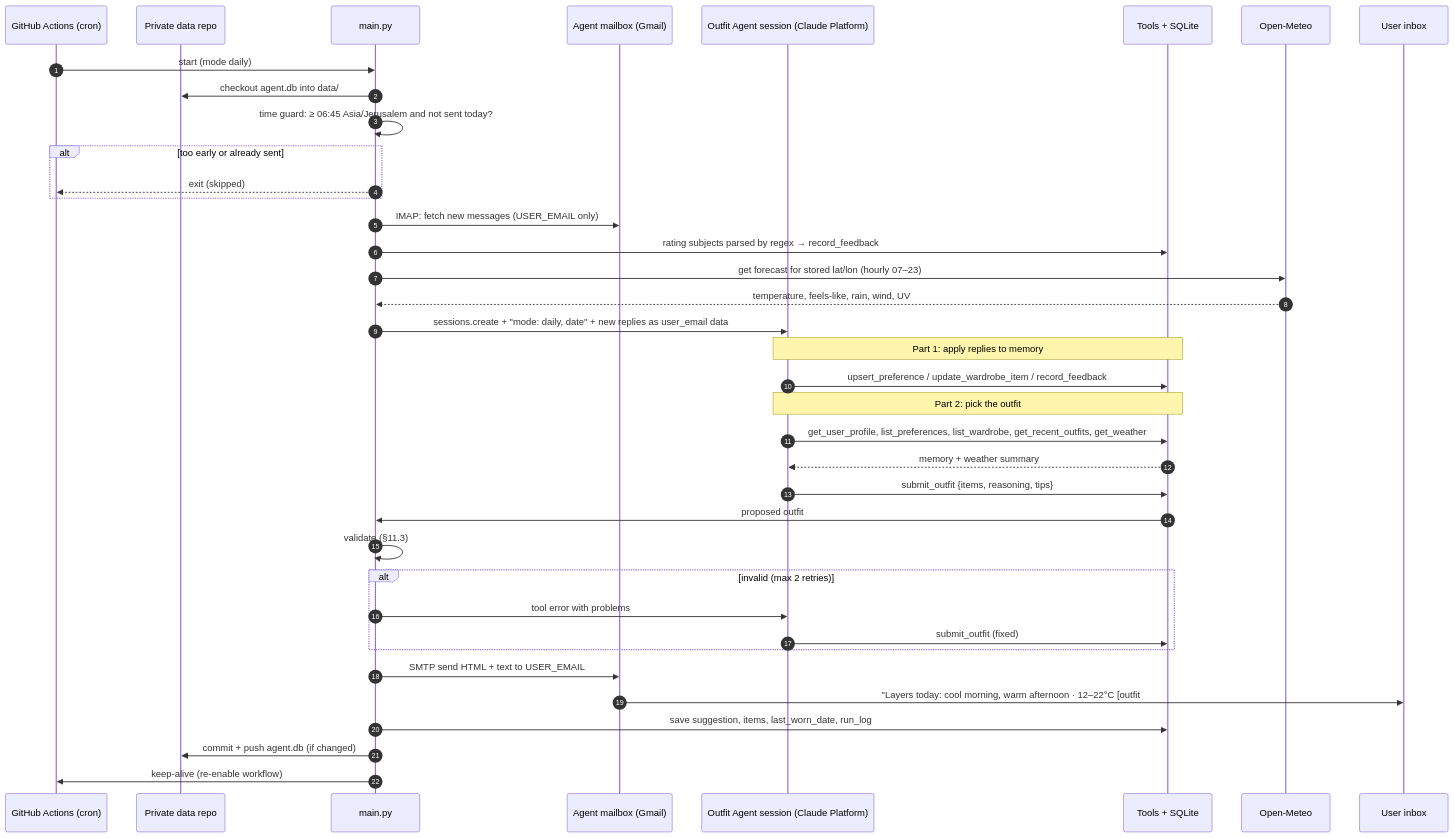
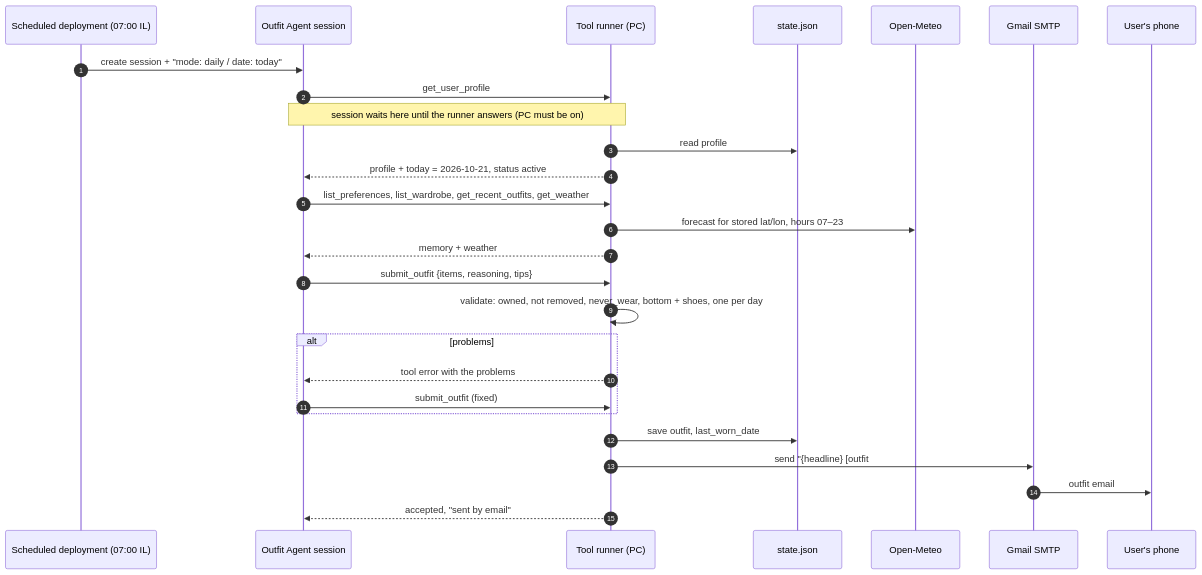
The second of 6 diagrams in Architecture.md (hodaya73-prog/Asaf_AI_Agent), drawn with Mermaid before and after one commit. The commit also changed other lines of this file and 7 other files, not shown here.

First line of the commit message:
Run the Outfit Agent daily from Claude Platform with a local tool runner

````diff
--- a/Architecture.md
+++ b/Architecture.md
@@ -96,41 +85,30 @@
 ```mermaid
 sequenceDiagram
     autonumber
-    participant GA as GitHub Actions (cron)
-    participant DR as Private data repo
-    participant O as main.py
-    participant G as Agent mailbox (Gmail)
-    participant C as Outfit Agent session (Claude Platform)
-    participant T as Tools + SQLite
+    participant D as Scheduled deployment (07:00 IL)
+    participant C as Outfit Agent session
+    participant R as Tool runner (PC)
+    participant S as state.json
     participant W as Open-Meteo
-    participant U as User inbox
+    participant G as Gmail SMTP
+    participant U as User's phone
 
-    GA->>O: start (mode daily)
-    O->>DR: checkout agent.db into data/
-    O->>O: time guard: ≥ 06:45 Asia/Jerusalem and not sent today?
-    alt too early or already sent
-        O-->>GA: exit (skipped)
+    D->>C: create session + "mode: daily / date: today"
+    C->>R: get_user_profile
+    Note over C,R: session waits here until the runner answers (PC must be on)
+    R->>S: read profile
+    R-->>C: profile + today = 2026-10-21, status active
+    C->>R: list_preferences, list_wardrobe, get_recent_outfits, get_weather
+    R->>W: forecast for stored lat/lon, hours 07–23
+    R-->>C: memory + weather
+    C->>R: submit_outfit {items, reasoning, tips}
+    R->>R: validate: owned, not removed, never_wear, bottom + shoes, one per day
+    alt problems
+        R-->>C: tool error with the problems
+        C->>R: submit_outfit (fixed)
     end
-    O->>G: IMAP: fetch new messages (USER_EMAIL only)
-    O->>T: rating subjects parsed by regex → record_feedback
-    O->>W: get forecast for stored lat/lon (hourly 07–23)
-    W-->>O: temperature, feels-like, rain, wind, UV
-    O->>C: sessions.create + "mode: daily, date" + new replies as user_email data
-    Note over C,T: Part 1: apply replies to memory
-    C->>T: upsert_preference / update_wardrobe_item / record_feedback
-    Note over C,T: Part 2: pick the outfit
-    C->>T: get_user_profile, list_preferences, list_wardrobe, get_recent_outfits, get_weather
-    T-->>C: memory + weather summary
-    C->>T: submit_outfit {items, reasoning, tips}
-    T->>O: proposed outfit
-    O->>O: validate (§11.3)
-    alt invalid (max 2 retries)
-        O->>C: tool error with problems
-        C->>T: submit_outfit (fixed)
-    end
-    O->>G: SMTP send HTML + text to USER_EMAIL
-    G->>U: "Layers today: cool morning, warm afternoon · 12–22°C [outfit#142]"
-    O->>T: save suggestion, items, last_worn_date, run_log
-    O->>DR: commit + push agent.db (if changed)
-    O->>GA: keep-alive (re-enable workflow)
+    R->>S: save outfit, last_worn_date
+    R->>G: send "{headline} [outfit#N]" to the address from the setup chat
+    G->>U: outfit email
+    R-->>C: accepted, "sent by email"
 ```
````
